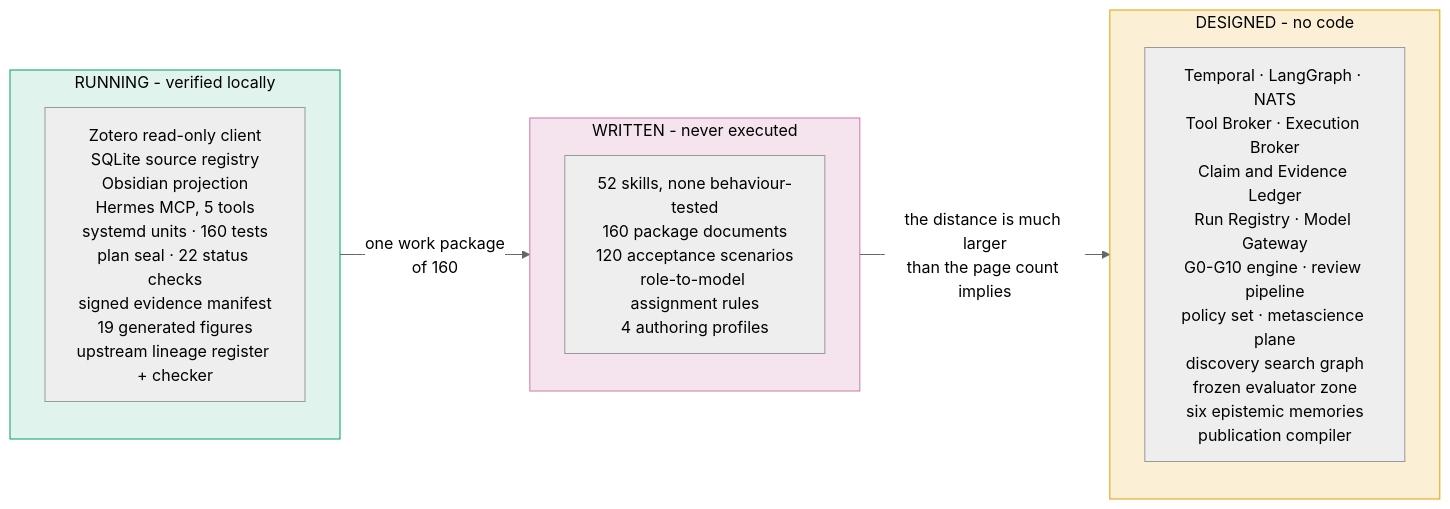
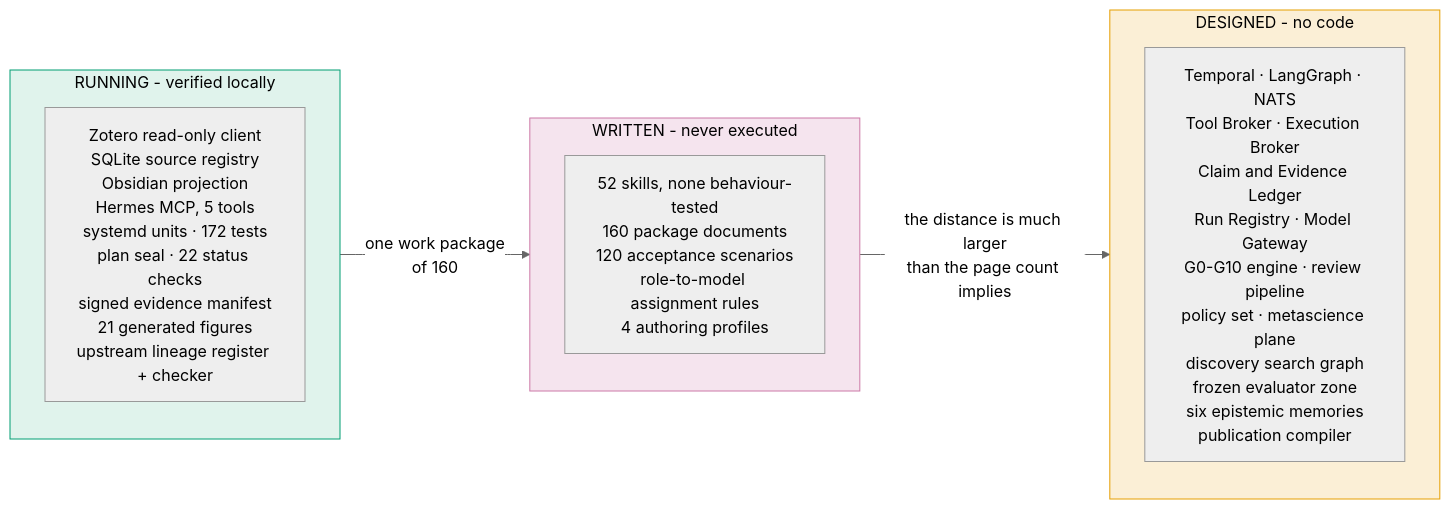
Diagram 15 of 17 in README.md (furkanhanilci/AETHRION), drawn with Mermaid (neutral theme) before and after one commit. The commit also changed other lines of this file and 166 other files, not shown here.

````diff
--- a/README.md
+++ b/README.md
@@ -1054,17 +1108,17 @@
 ```mermaid
 flowchart LR
     subgraph WORKING["RUNNING - verified locally"]
-        W["Zotero read-only client<br/>SQLite source registry<br/>Obsidian projection<br/>Hermes MCP, 5 tools<br/>systemd units · 160 tests<br/>plan seal · 22 status checks<br/>signed evidence manifest<br/>19 generated figures<br/>upstream lineage register + checker"]
+        W["Zotero read-only client<br/>SQLite source registry<br/>Obsidian projection<br/>Hermes MCP, 5 tools<br/>systemd units · 172 tests<br/>plan seal · 22 status checks<br/>signed evidence manifest<br/>21 generated figures<br/>upstream lineage register + checker"]
     end
     subgraph WRITTEN["WRITTEN - never executed"]
         S["52 skills, none behaviour-tested<br/>160 package documents<br/>120 acceptance scenarios<br/>role-to-model assignment rules<br/>4 authoring profiles"]
     end
     subgraph DESIGNED["DESIGNED - no code"]
         D["Temporal · LangGraph · NATS<br/>Tool Broker · Execution Broker<br/>Claim and Evidence Ledger<br/>Run Registry · Model Gateway<br/>G0-G10 engine · review pipeline<br/>policy set · metascience plane<br/>discovery search graph<br/>frozen evaluator zone<br/>six epistemic memories<br/>publication compiler"]
     end
     WORKING -->|"one work package<br/>of 160"| WRITTEN
     WRITTEN -->|"the distance is much larger<br/>than the page count implies"| DESIGNED
     style WORKING fill:#E0F3EC,stroke:#009E73,color:#000
     style WRITTEN fill:#F5E4EE,stroke:#CC79A7,color:#000
     style DESIGNED fill:#FBEFD6,stroke:#E69F00,color:#000
 ```
````
